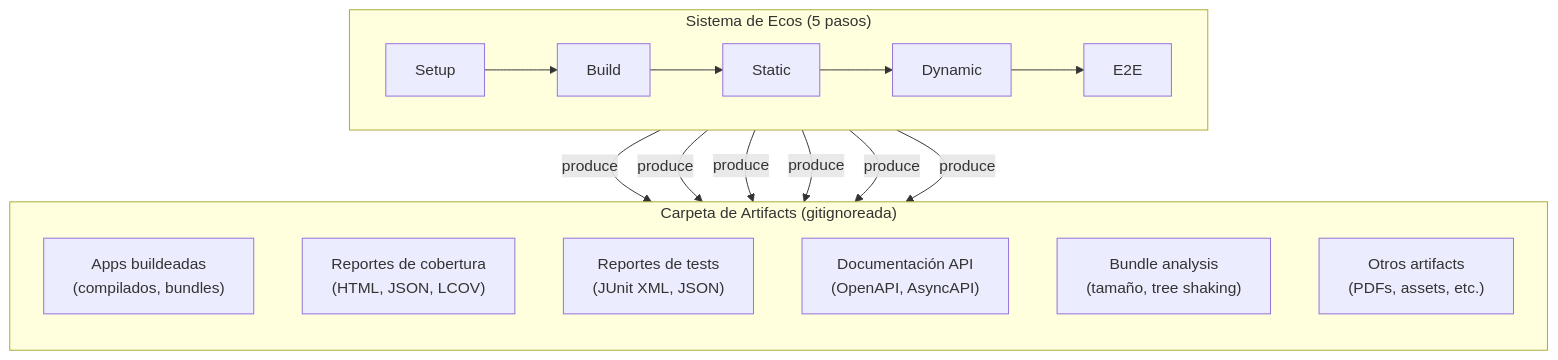
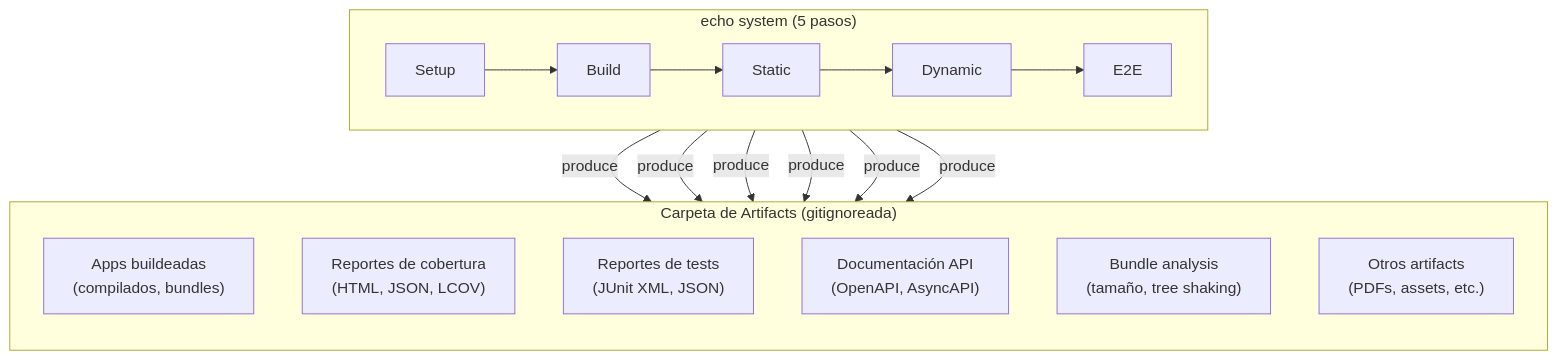
The first of 2 diagrams in docs/artifact-system.md (virgenherrera/idea-to-mvp), drawn with Mermaid before and after one commit. The commit also changed other lines of this file and 30 other files, not shown here.

````diff
--- a/docs/artifact-system.md
+++ b/docs/artifact-system.md
@@ -49,24 +63,24 @@
 ```mermaid
 flowchart TD
-    subgraph ECHO["Sistema de Ecos (5 pasos)"]
+    subgraph ECHO["echo system (5 pasos)"]
         direction LR
         S["Setup"] --> B["Build"] --> ST["Static"] --> DT["Dynamic"] --> E["E2E"]
     end
 
     subgraph ARTIFACTS["Carpeta de Artifacts (gitignoreada)"]
         direction TB
         A_BUILD["Apps buildeadas\n(compilados, bundles)"]
         A_COV["Reportes de cobertura\n(HTML, JSON, LCOV)"]
         A_TEST["Reportes de tests\n(JUnit XML, JSON)"]
         A_API["Documentación API\n(OpenAPI, AsyncAPI)"]
         A_BUNDLE["Bundle analysis\n(tamaño, tree shaking)"]
     A_OTHER["Otros artifacts\n(PDFs, assets, etc.)"]
     end
 
     B -->|"produce"| A_BUILD
     B -->|"produce"| A_API
     B -->|"produce"| A_OTHER
     DT -->|"produce"| A_COV
     DT -->|"produce"| A_TEST
     E -->|"produce"| A_TEST
 ```
````
